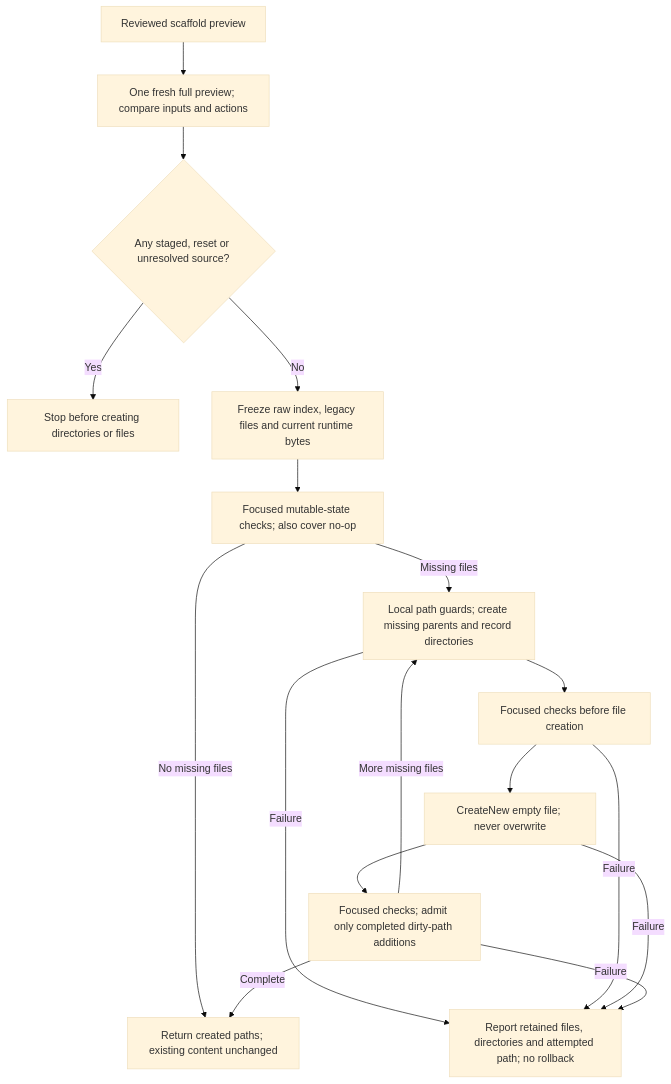
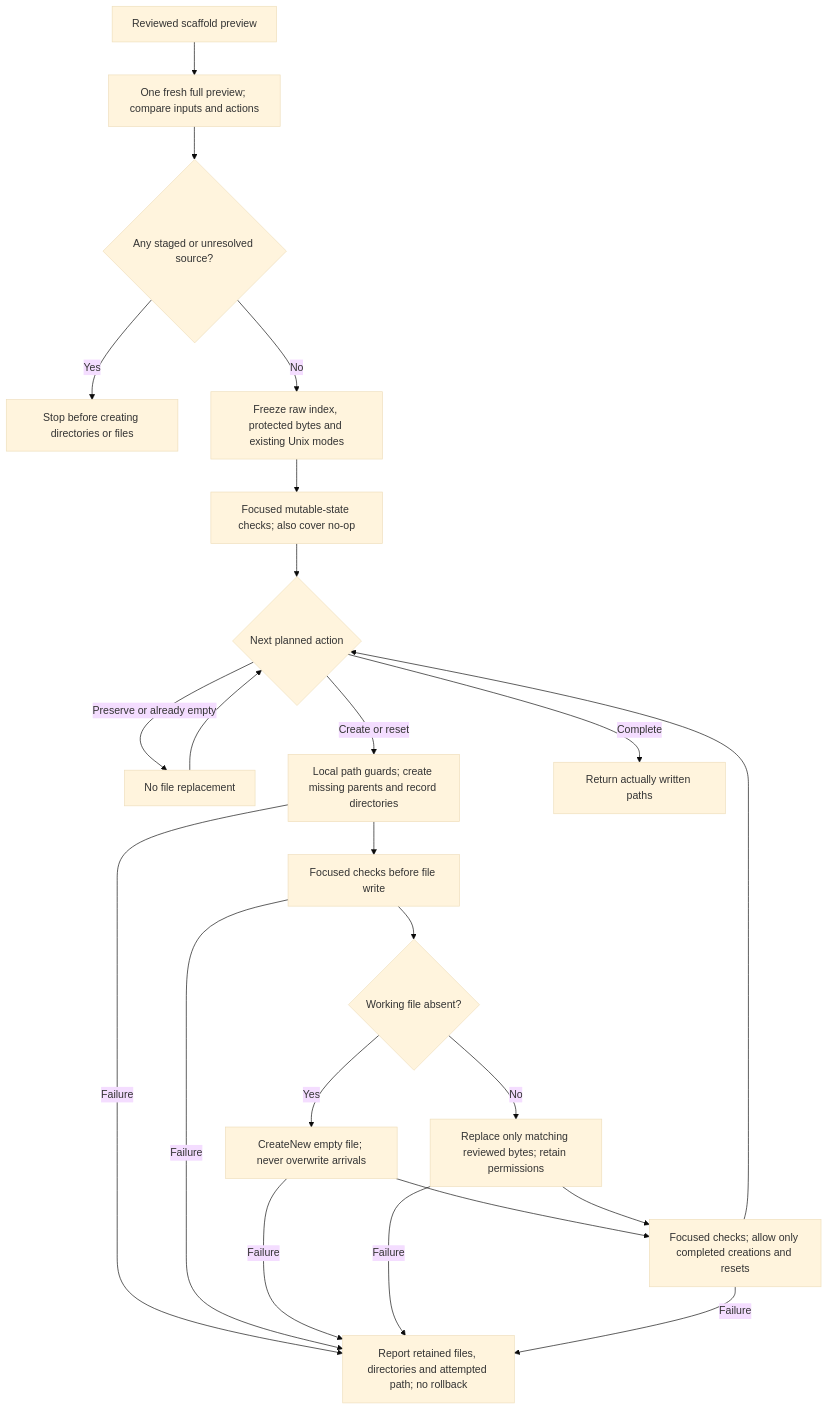
Before and after one commit to ferrywlto/ai-env-as-code: diagram 20 of 25 in docs/architecture.md, drawn with Mermaid (base theme). The commit also changed other lines of this file and 8 other files, not shown here.

Commit message:
feat(migration): execute reviewed instruction scaffold resets

````diff
--- a/docs/architecture.md
+++ b/docs/architecture.md
@@ -605,19 +605,25 @@
 ```mermaid
 flowchart TD
     Review[Reviewed scaffold preview] --> Fresh[One fresh full preview; compare inputs and actions]
-    Fresh --> Block{Any staged, reset or unresolved source?}
+    Fresh --> Block{Any staged or unresolved source?}
     Block -->|Yes| Stop[Stop before creating directories or files]
-    Block -->|No| Freeze[Freeze raw index, legacy files and current runtime bytes]
+    Block -->|No| Freeze[Freeze raw index, protected bytes and existing Unix modes]
     Freeze --> Guard[Focused mutable-state checks; also cover no-op]
-    Guard -->|Missing files| Dirs[Local path guards; create missing parents and record directories]
-    Guard -->|No missing files| Return
-    Dirs --> GuardAgain[Focused checks before file creation]
-    GuardAgain --> Create[CreateNew empty file; never overwrite]
-    Create --> Check[Focused checks; admit only completed dirty-path additions]
-    Check -->|More missing files| Dirs
-    Check -->|Complete| Return[Return created paths; existing content unchanged]
+    Guard --> Next{Next planned action}
+    Next -->|Preserve or already empty| NoWrite[No file replacement]
+    NoWrite --> Next
+    Next -->|Create or reset| Dirs[Local path guards; create missing parents and record directories]
+    Next -->|Complete| Return[Return actually written paths]
+    Dirs --> GuardAgain[Focused checks before file write]
+    GuardAgain --> Missing{Working file absent?}
+    Missing -->|Yes| Create[CreateNew empty file; never overwrite arrivals]
+    Missing -->|No| Replace[Replace only matching reviewed bytes; retain permissions]
+    Create --> Check[Focused checks; allow only completed creations and resets]
+    Replace --> Check
+    Check --> Next
     Dirs -->|Failure| Retain[Report retained files, directories and attempted path; no rollback]
     GuardAgain -->|Failure| Retain
     Create -->|Failure| Retain
+    Replace -->|Failure| Retain
     Check -->|Failure| Retain
 ```
````
